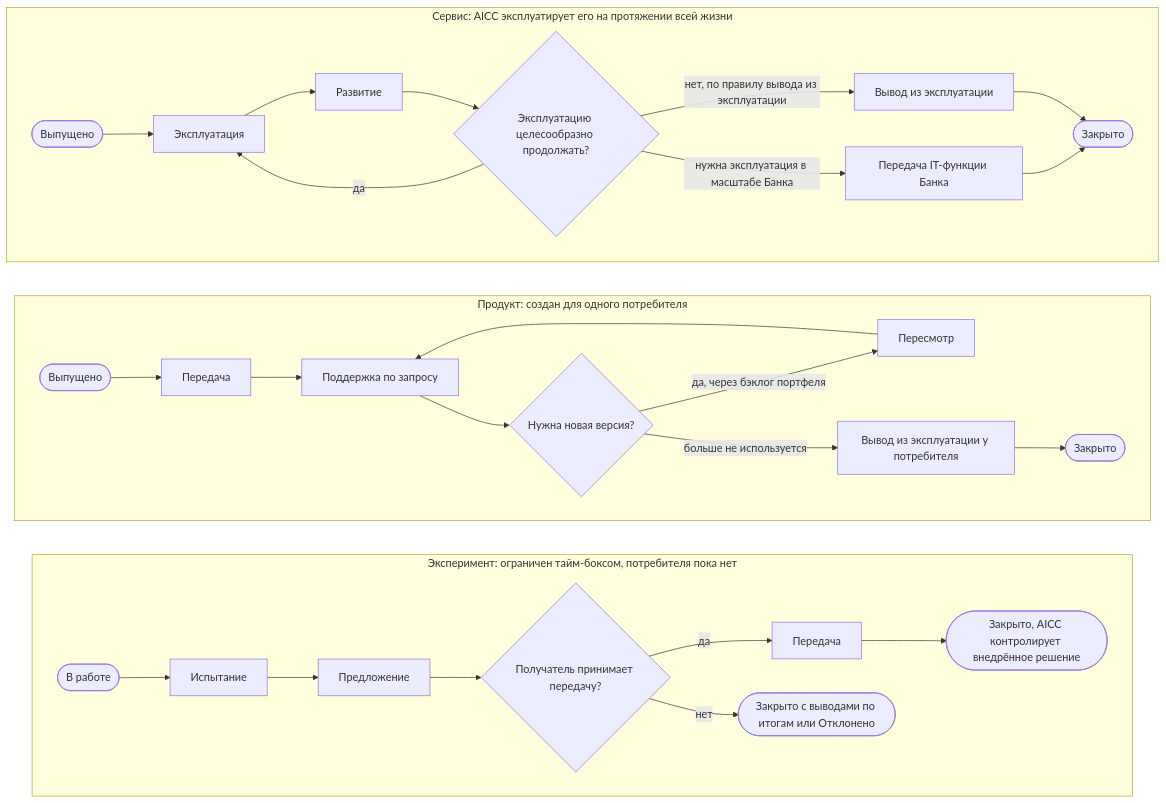
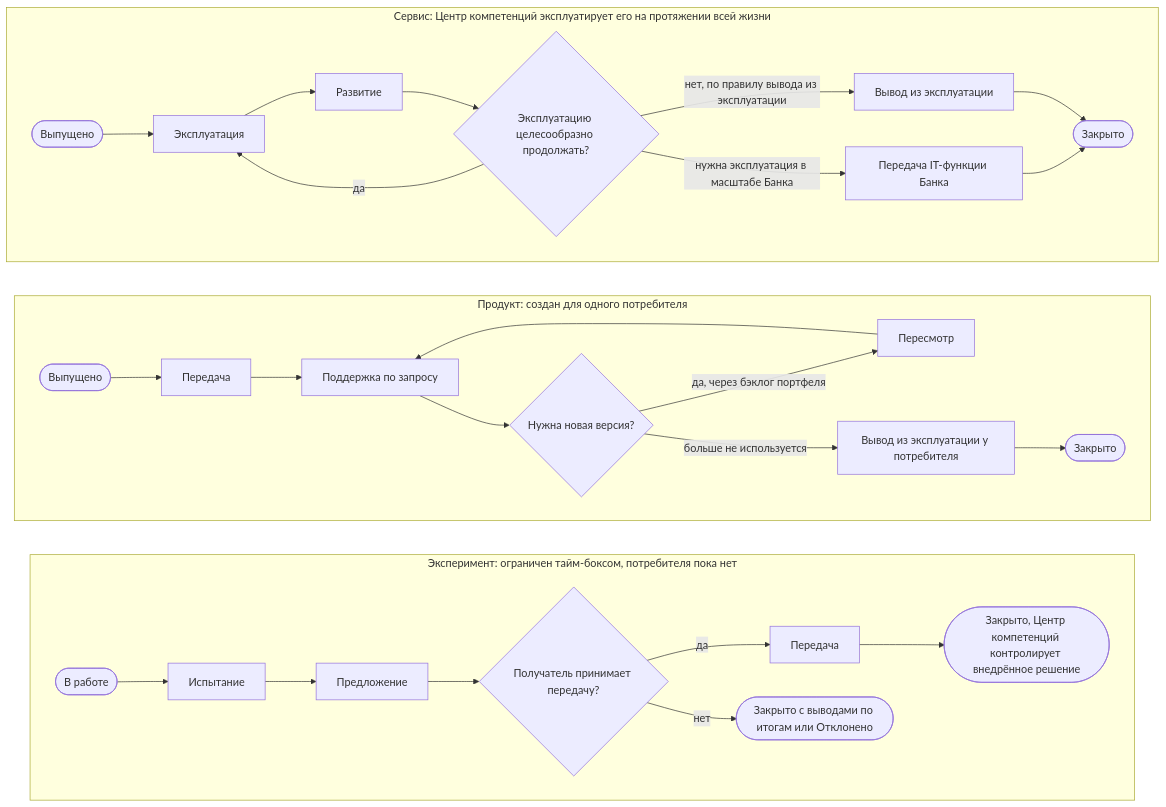
One commit to devhogu/ob-aicc changed the ninth of 13 diagrams in charter/ru/documents/solution-lifecycle-model.md. Above: the diagram before and after it, drawn with Mermaid. The commit also changed other lines of this file and 1149 other files, not shown here.

````diff
--- a/charter/ru/documents/solution-lifecycle-model.md
+++ b/charter/ru/documents/solution-lifecycle-model.md
@@ -390,24 +390,24 @@
 ```mermaid
 flowchart TB
-  subgraph SERVICE["Сервис: AICC эксплуатирует его на протяжении всей жизни"]
+  subgraph SERVICE["Сервис: Центр компетенций эксплуатирует его на протяжении всей жизни"]
     direction LR
     V0(["Выпущено"]) --> V1["Эксплуатация"] --> V2["Развитие"] --> VC{"Эксплуатацию целесообразно продолжать?"}
     VC -->|да| V1
     VC -->|нет, по правилу вывода из эксплуатации| V3["Вывод из эксплуатации"] --> V4(["Закрыто"])
     VC -->|нужна эксплуатация в масштабе Банка| V5["Передача IT-функции Банка"] --> V4
   end
   subgraph PRODUCT["Продукт: создан для одного потребителя"]
     direction LR
     P0(["Выпущено"]) --> P1["Передача"] --> P2["Поддержка по запросу"] --> PC{"Нужна новая версия?"}
     PC -->|да, через бэклог портфеля| P3["Пересмотр"] --> P2
     PC -->|больше не используется| P4["Вывод из эксплуатации у потребителя"] --> P5(["Закрыто"])
   end
   subgraph EXPERIMENT["Эксперимент: ограничен тайм-боксом, потребителя пока нет"]
     direction LR
     E0(["В работе"]) --> E1["Испытание"] --> E2["Предложение"] --> EC{"Получатель принимает передачу?"}
-    EC -->|да| E3["Передача"] --> E4(["Закрыто, AICC контролирует внедрённое решение"])
+    EC -->|да| E3["Передача"] --> E4(["Закрыто, Центр компетенций контролирует внедрённое решение"])
     EC -->|нет| E5(["Закрыто с выводами по итогам или Отклонено"])
   end
   SERVICE ~~~ PRODUCT
   PRODUCT ~~~ EXPERIMENT
 ```
````
